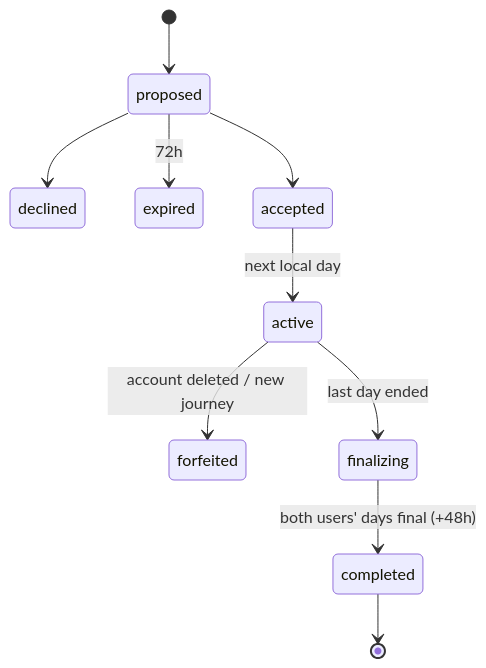
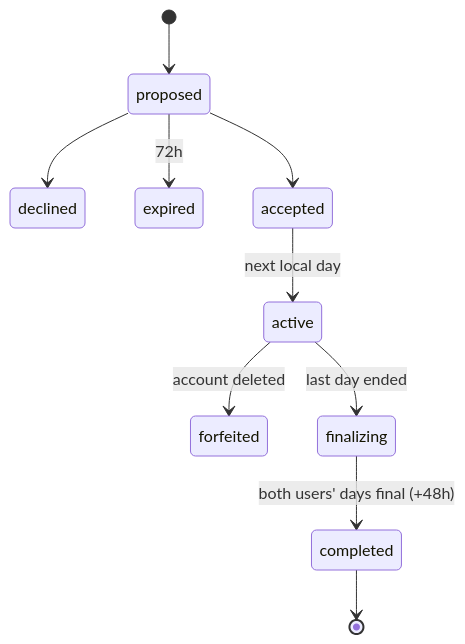
The fourth of 4 diagrams in docs/HLD.md (nebulai13/smoke-detector), drawn with Mermaid before and after one commit. The commit also changed other lines of this file and 4 other files, not shown here.

````diff
--- a/docs/HLD.md
+++ b/docs/HLD.md
@@ -198,12 +200,12 @@
 ```mermaid
 stateDiagram-v2
   [*] --> proposed
   proposed --> declined
   proposed --> expired : 72h
   proposed --> accepted
   accepted --> active : next local day
-  active --> forfeited : account deleted / new journey
+  active --> forfeited : account deleted
   active --> finalizing : last day ended
   finalizing --> completed : both users' days final (+48h)
   completed --> [*]
 ```
````
